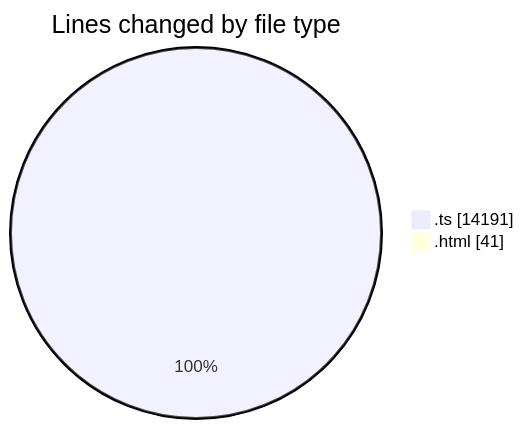
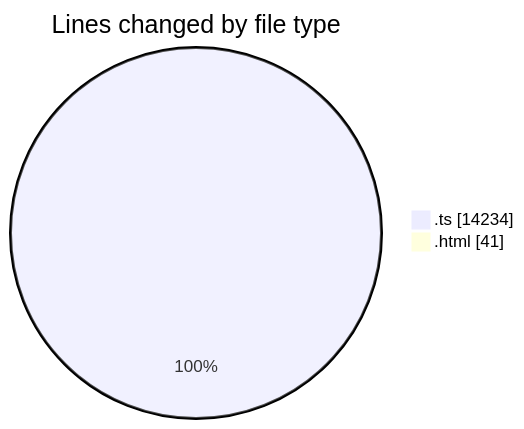
One commit to tmsrecording-cyber/code-tracking changed the first of 2 diagrams in 2026-02-08/singularitybrainai/README.md. Above: the diagram before and after it, drawn with Mermaid. The commit also changed other lines of this file and 1 other file, not shown here.

````diff
--- a/2026-02-08/singularitybrainai/README.md
+++ b/2026-02-08/singularitybrainai/README.md
@@ -40,6 +40,6 @@
 ```mermaid
 pie showData
 title Lines changed by file type
-".ts" : 14191
+".ts" : 14234
 ".html" : 41
 ```
````
